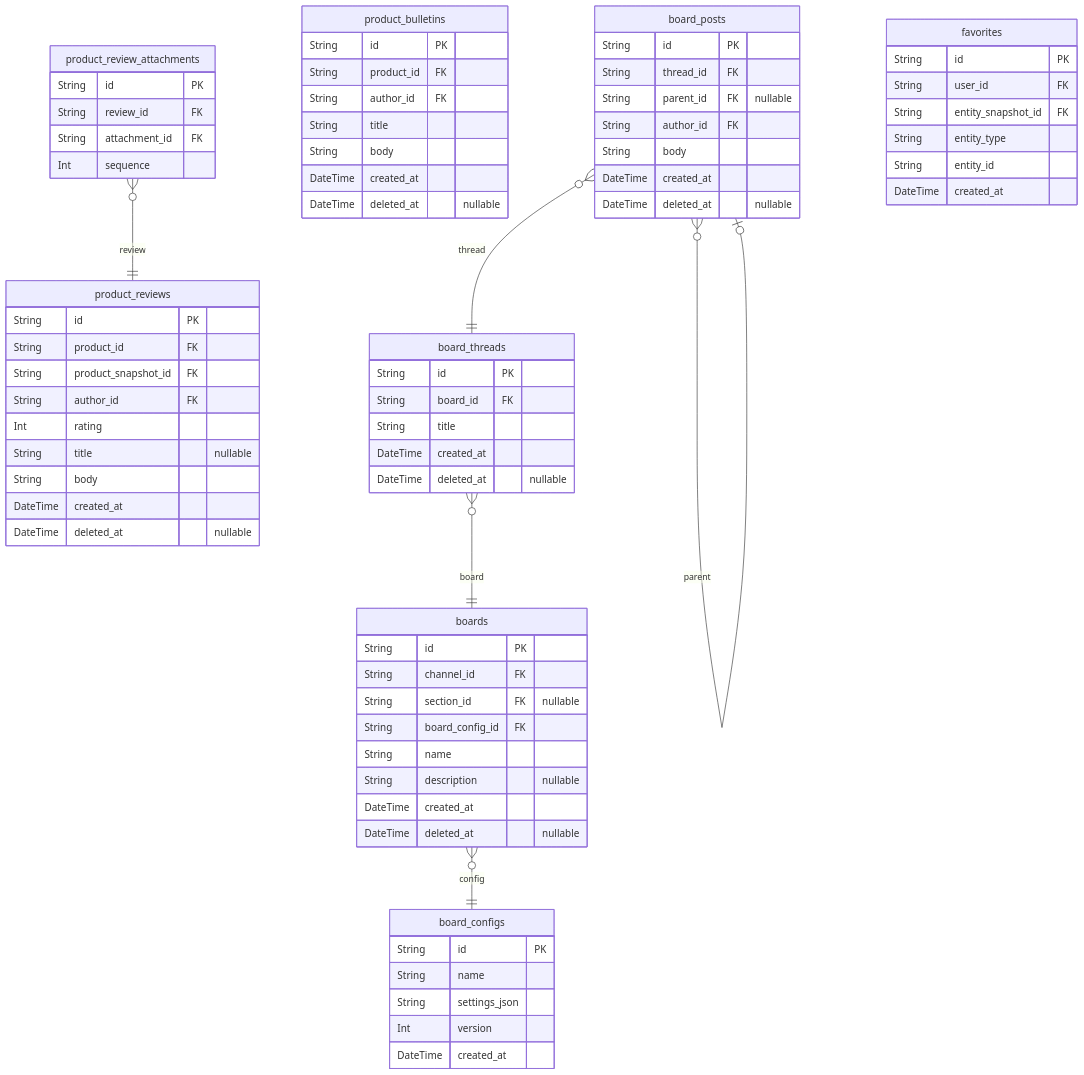
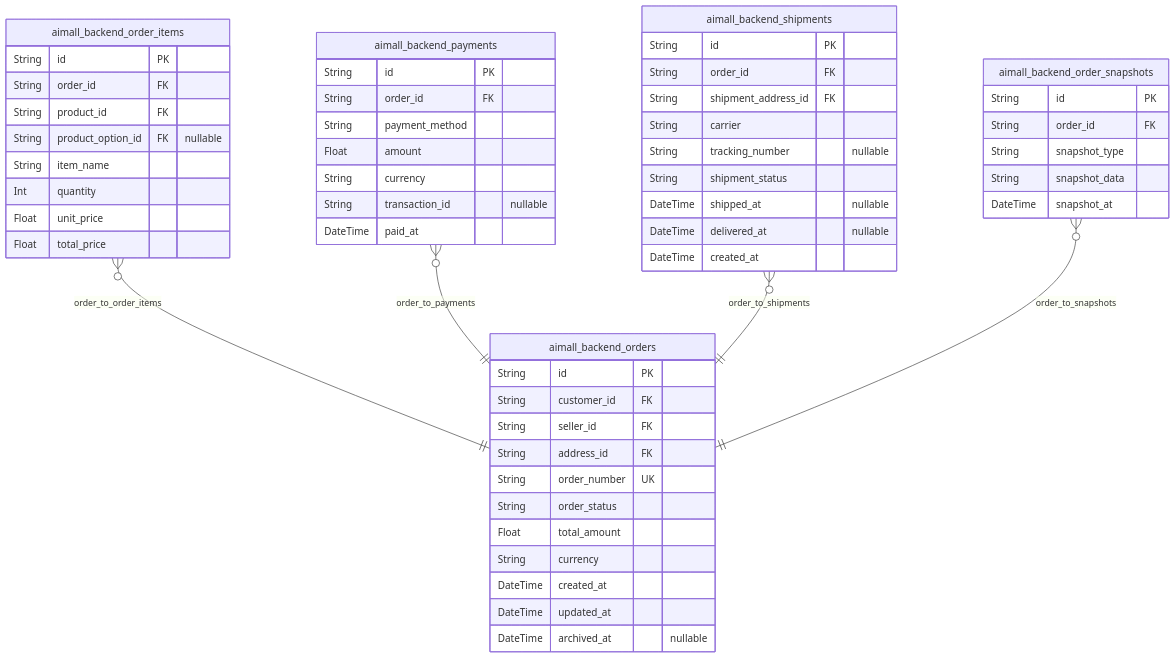
One commit to wrtnlabs/autobe-example-shopping-openai-gpt-4.1 changed the sixth of 10 diagrams in docs/ERD.md. Above: the diagram before and after it, drawn with Mermaid. The commit also changed other lines of this file and 2260 other files, not shown here.

````diff
--- a/docs/ERD.md
+++ b/docs/ERD.md
@@ -1264,75 +642,57 @@
 ```mermaid
 erDiagram
-"boards" {
+"aimall_backend_orders" {
   String id PK
-  String channel_id FK
-  String section_id FK "nullable"
-  String board_config_id FK
-  String name
-  String description "nullable"
+  String customer_id FK
+  String seller_id FK
+  String address_id FK
+  String order_number UK
+  String order_status
+  Float total_amount
+  String currency
   DateTime created_at
-  DateTime deleted_at "nullable"
+  DateTime updated_at
+  DateTime archived_at "nullable"
 }
-"board_configs" {
+"aimall_backend_order_items" {
   String id PK
-  String name
-  String settings_json
-  Int version
+  String order_id FK
+  String product_id FK
+  String product_option_id FK "nullable"
+  String item_name
+  Int quantity
+  Float unit_price
+  Float total_price
+}
+"aimall_backend_payments" {
+  String id PK
+  String order_id FK
+  String payment_method
+  Float amount
+  String currency
+  String transaction_id "nullable"
+  DateTime paid_at
+}
+"aimall_backend_shipments" {
+  String id PK
+  String order_id FK
+  String shipment_address_id FK
+  String carrier
+  String tracking_number "nullable"
+  String shipment_status
+  DateTime shipped_at "nullable"
+  DateTime delivered_at "nullable"
   DateTime created_at
 }
-"board_threads" {
+"aimall_backend_order_snapshots" {
   String id PK
-  String board_id FK
-  String title
-  DateTime created_at
-  DateTime deleted_at "nullable"
+  String order_id FK
+  String snapshot_type
+  String snapshot_data
+  DateTime snapshot_at
 }
-"board_posts" {
-  String id PK
-  String thread_id FK
-  String parent_id FK "nullable"
-  String author_id FK
-  String body
-  DateTime created_at
-  DateTime deleted_at "nullable"
-}
-"product_bulletins" {
-  String id PK
-  String product_id FK
-  String author_id FK
-  String title
-  String body
-  DateTime created_at
-  DateTime deleted_at "nullable"
-}
-"product_reviews" {
-  String id PK
-  String product_id FK
-  String product_snapshot_id FK
-  String author_id FK
-  Int rating
-  String title "nullable"
-  String body
-  DateTime created_at
-  DateTime deleted_at "nullable"
-}
-"product_review_attachments" {
-  String id PK
-  String review_id FK
-  String attachment_id FK
-  Int sequence
-}
-"favorites" {
-  String id PK
-  String user_id FK
-  String entity_snapshot_id FK
-  String entity_type
-  String entity_id
-  DateTime created_at
-}
-"boards" }o--|| "board_configs" : config
-"board_threads" }o--|| "boards" : board
-"board_posts" }o--|| "board_threads" : thread
-"board_posts" }o--o| "board_posts" : parent
-"product_review_attachments" }o--|| "product_reviews" : review
+"aimall_backend_order_items" }o--|| "aimall_backend_orders" : order_to_order_items
+"aimall_backend_payments" }o--|| "aimall_backend_orders" : order_to_payments
+"aimall_backend_shipments" }o--|| "aimall_backend_orders" : order_to_shipments
+"aimall_backend_order_snapshots" }o--|| "aimall_backend_orders" : order_to_snapshots
 ```
````
